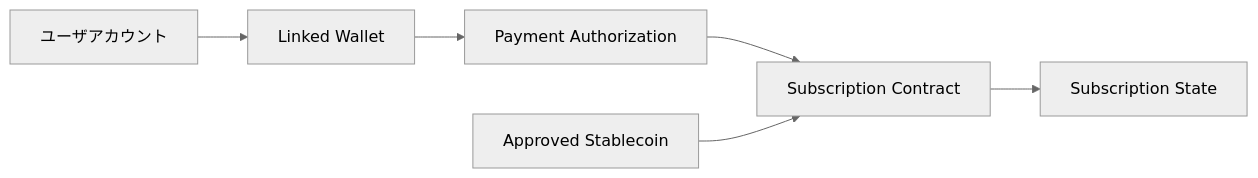
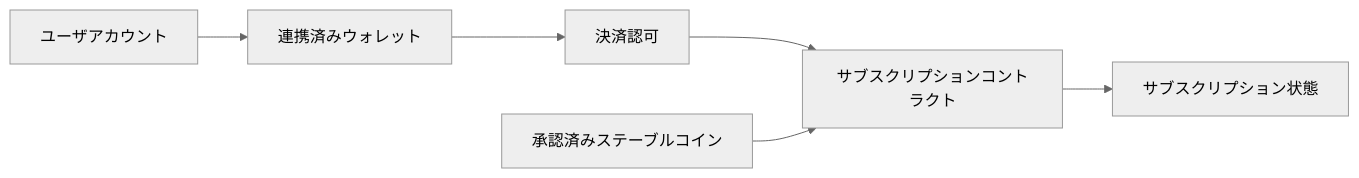
The second of 4 diagrams in docs/adr/ADR-0008-account-wallet-identity-strategy.md (ShigeichiroYamasaki/creator-first-platform), drawn with Mermaid (neutral theme) before and after one commit. The commit also changed other lines of this file and 72 other files, not shown here.

````diff
--- a/docs/adr/ADR-0008-account-wallet-identity-strategy.md
+++ b/docs/adr/ADR-0008-account-wallet-identity-strategy.md
@@ -431,13 +431,13 @@
 ```mermaid
 flowchart LR
     USER[ユーザアカウント]
-    WALLET[Linked Wallet]
-    AUTH[Payment Authorization]
-    CONTRACT[Subscription Contract]
-    ASSET[Approved Stablecoin]
-    STATE[Subscription State]
+    WALLET[連携済みウォレット]
+    AUTH[決済認可]
+    CONTRACT[サブスクリプションコントラクト]
+    ASSET[承認済みステーブルコイン]
+    STATE[サブスクリプション状態]
 
     USER --> WALLET --> AUTH --> CONTRACT
     ASSET --> CONTRACT
     CONTRACT --> STATE
 ```
````
